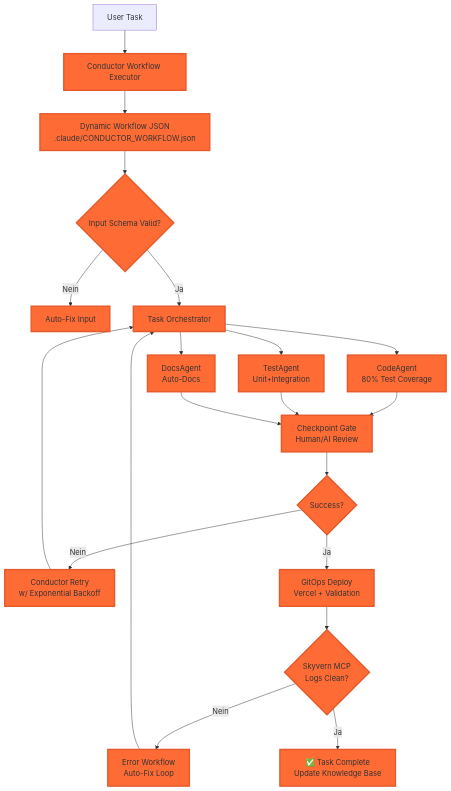
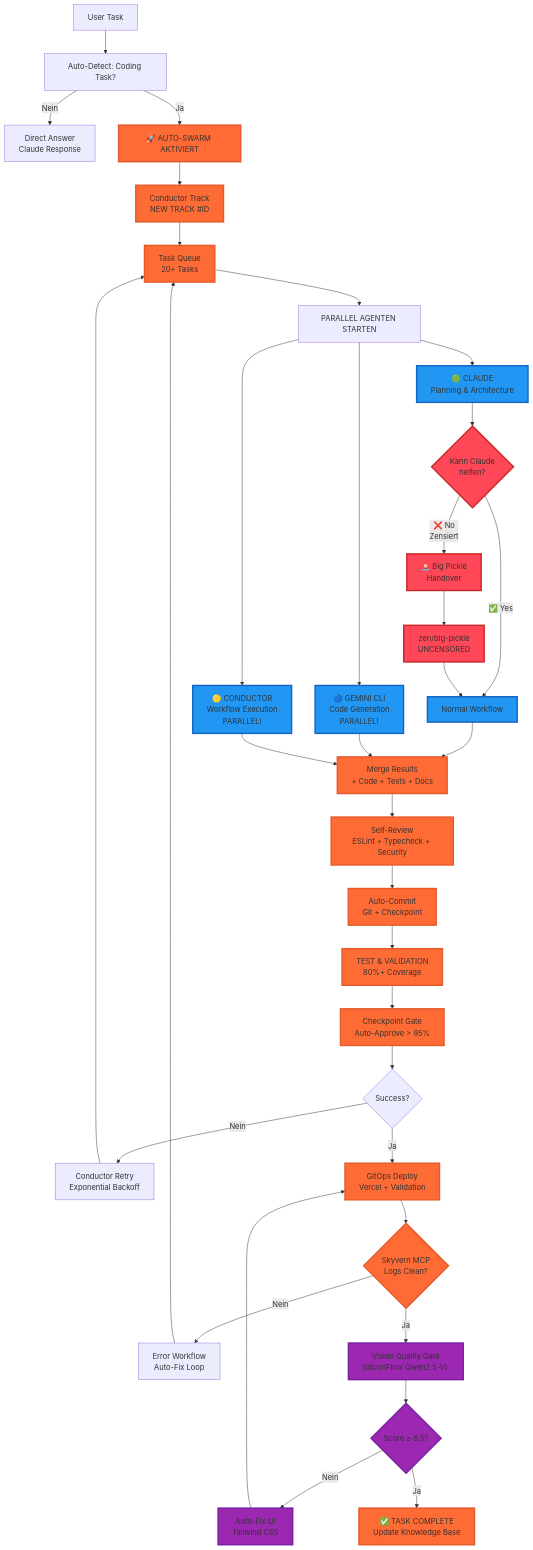
One commit to Delqhi/ZOE-Solar-Accounting-OCR changed the diagram in .claude/MASTER_DEVELOPER_LOOP.md. Above: the diagram before and after it, drawn with Mermaid. The commit also changed other lines of this file and 35 other files, not shown here.

First line of the commit message:
feat: Complete auto-swarm integration with parallel agent execution

````diff
--- a/.claude/MASTER_DEVELOPER_LOOP.md
+++ b/.claude/MASTER_DEVELOPER_LOOP.md
@@ -63,29 +215,58 @@
 ```mermaid
 graph TD
-    A[User Task] --> B[Conductor Workflow Executor]
+    A[User Task] --> B[Auto-Detect: Coding Task?]
+    B -->|Nein| C[Direct Answer<br/>Claude Response]
+    B -->|Ja| D[🚀 AUTO-SWARM AKTIVIERT]
 
-    B --> C[Dynamic Workflow JSON<br/>.claude/CONDUCTOR_WORKFLOW.json]
-    C --> D{Input Schema Valid?}
-    D -->|Nein| E[Auto-Fix Input]
-    D -->|Ja| F[Task Orchestrator]
+    D --> E[Conductor Track<br/>NEW TRACK #ID]
+    E --> F[Task Queue<br/>20+ Tasks]
 
-    F --> G1[CodeAgent<br/>80% Test Coverage]
-    F --> G2[TestAgent<br/>Unit+Integration]
-    F --> G3[DocsAgent<br/>Auto-Docs]
+    F --> G[PARALLEL AGENTEN STARTEN]
 
-    G1 & G2 & G3 --> H[Checkpoint Gate<br/>Human/AI Review]
-    H --> I{Success?}
+    G --> G1[🟢 CLAUDE<br/>Planning & Architecture]
+    G --> G2[🔵 GEMINI CLI<br/>Code Generation<br/>PARALLEL!]
+    G --> G3[🟡 CONDUCTOR<br/>Workflow Execution<br/>PARALLEL!]
 
-    I -->|Nein| J[Conductor Retry<br/>w/ Exponential Backoff]
-    I -->|Ja| K[GitOps Deploy<br/>Vercel + Validation]
+    G1 --> G1a{Kann Claude<br/>helfen?}
+    G1a -->|✅ Yes| G1b[Normal Workflow]
+    G1a -->|❌ No<br/>Zensiert| G1c[🚨 Big Pickle<br/>Handover]
+    G1c --> G1d[zen/big-pickle<br/>UNCENSORED]
+    G1d --> G1b
 
-    K --> L{Skyvern MCP<br/>Logs Clean?}
-    L -->|Nein| M[Error Workflow<br/>Auto-Fix Loop]
-    L -->|Ja| N[✅ Task Complete<br/>Update Knowledge Base]
+    G1b --> H[Merge Results<br/>+ Code + Tests + Docs]
+    G2 --> H
+    G3 --> H
 
-    J --> F
-    M --> F
+    H --> I[Self-Review<br/>ESLint + Typecheck + Security]
+    I --> J[Auto-Commit<br/>Git + Checkpoint]
 
+    J --> K[TEST & VALIDATION<br/>80%+ Coverage]
+    K --> L[Checkpoint Gate<br/>Auto-Approve > 95%]
+
+    L --> M{Success?}
+    M -->|Nein| N[Conductor Retry<br/>Exponential Backoff]
+    M -->|Ja| O[GitOps Deploy<br/>Vercel + Validation]
+
+    O --> P{Skyvern MCP<br/>Logs Clean?}
+    P -->|Nein| Q[Error Workflow<br/>Auto-Fix Loop]
+    P -->|Ja| R[Vision Quality Gate<br/>SiliconFlow Qwen2.5-VL]
+
+    R --> S{Score ≥ 8.5?}
+    S -->|Nein| T[Auto-Fix UI<br/>Tailwind CSS]
+    S -->|Ja| U[✅ TASK COMPLETE<br/>Update Knowledge Base]
+
+    T --> O
+    N --> F
+    Q --> F
+
+    classDef agent fill:#4CAF50,stroke:#2E7D32,stroke-width:3px
+    classDef parallel fill:#2196F3,stroke:#1565C0,stroke-width:3px
+    classDef bigpickle fill:#ff4757,stroke:#c92a2a,stroke-width:3px
+    classDef vision fill:#9C27B0,stroke:#7B1FA2,stroke-width:3px
     classDef conductor fill:#ff6b35,stroke:#e55a2b,stroke-width:3px
-    class B,C,D,E,F,G1,G2,G3,H,I,J,K,L,M,N conductor
+
+    class D,E,F,H,I,J,K,L,O,P,R,U conductor
+    class G1,G2,G3,G1b parallel
+    class G1a,G1c,G1d bigpickle
+    class R,S,T vision
 ```
````
